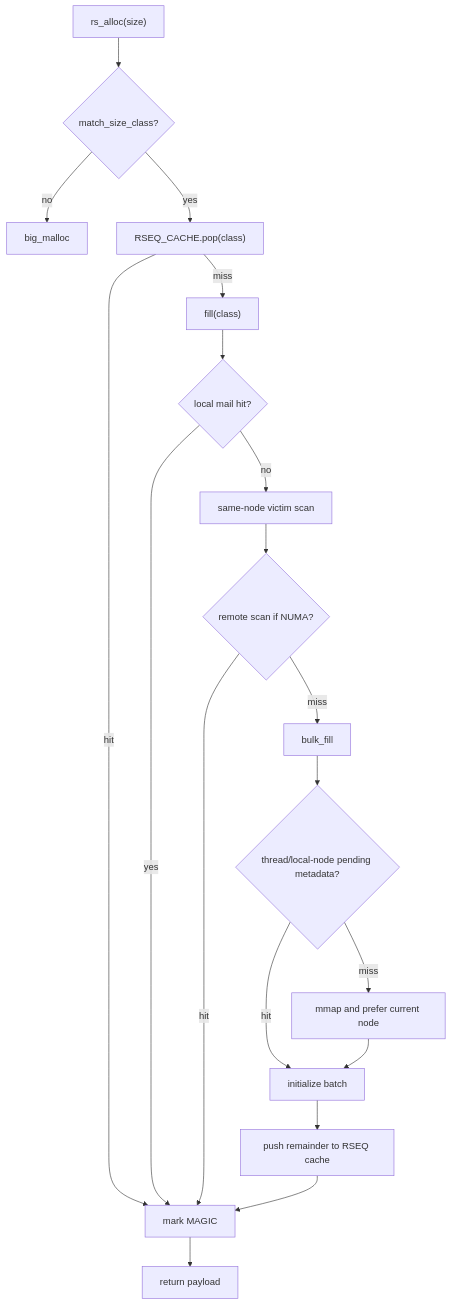
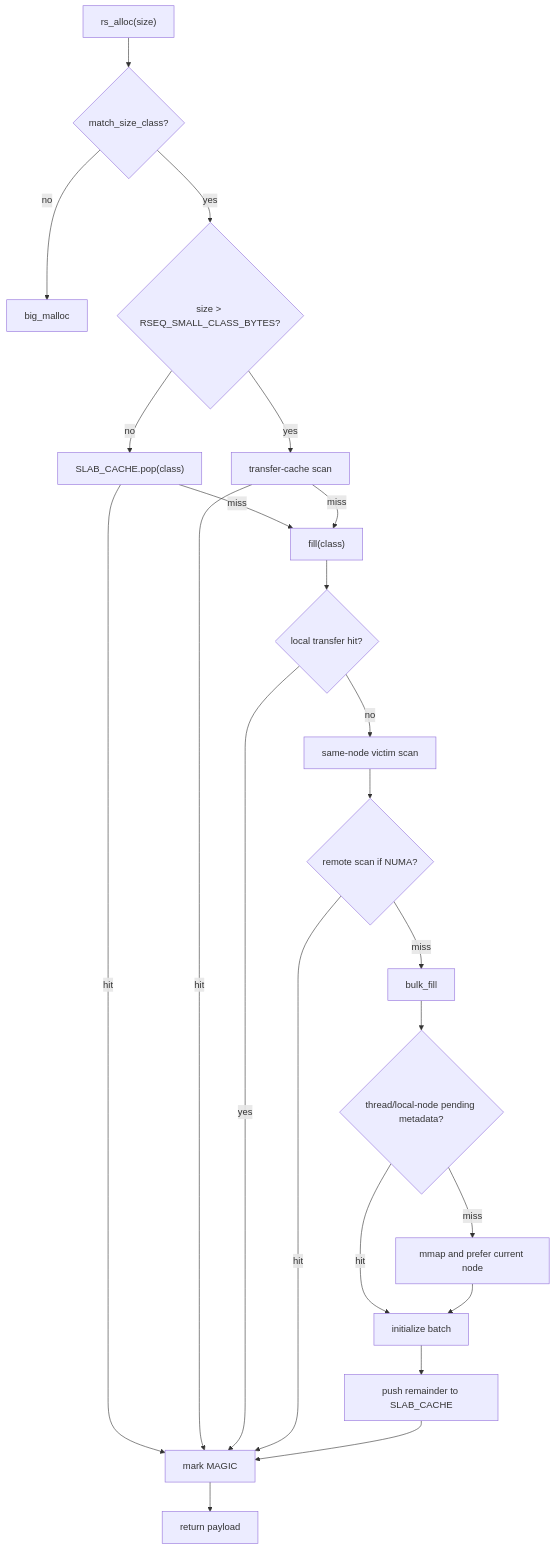
The second of 4 diagrams in architecture.md (Metehan120/rsmalloc), drawn with Mermaid before and after one commit. The commit also changed other lines of this file and 31 other files, not shown here.

````diff
--- a/architecture.md
+++ b/architecture.md
@@ -108,21 +113,25 @@
 ```mermaid
 flowchart TD
     A["rs_alloc(size)"] --> B{"match_size_class?"}
     B -- "no" --> BIG["big_malloc"]
-    B -- "yes" --> C["RSEQ_CACHE.pop(class)"]
-    C -- "hit" --> D["mark MAGIC"]
-    C -- "miss" --> E["fill(class)"]
-    E --> F{"local mail hit?"}
+    B -- "yes" --> C{"size > RSEQ_SMALL_CLASS_BYTES?"}
+    C -- "no" --> S["SLAB_CACHE.pop(class)"]
+    C -- "yes" --> T["transfer-cache scan"]
+    S -- "hit" --> D["mark MAGIC"]
+    T -- "hit" --> D
+    S -- "miss" --> E["fill(class)"]
+    T -- "miss" --> E
+    E --> F{"local transfer hit?"}
     F -- "yes" --> D
     F -- "no" --> N["same-node victim scan"]
     N --> R{"remote scan if NUMA?"}
     R -- "hit" --> D
     R -- "miss" --> G["bulk_fill"]
     G --> P{"thread/local-node pending metadata?"}
     P -- "hit" --> I["initialize batch"]
     P -- "miss" --> M["mmap and prefer current node"]
     M --> I
-    I --> H["push remainder to RSEQ cache"]
+    I --> H["push remainder to SLAB_CACHE"]
     H --> D
     D --> RET["return payload"]
 ```
````
